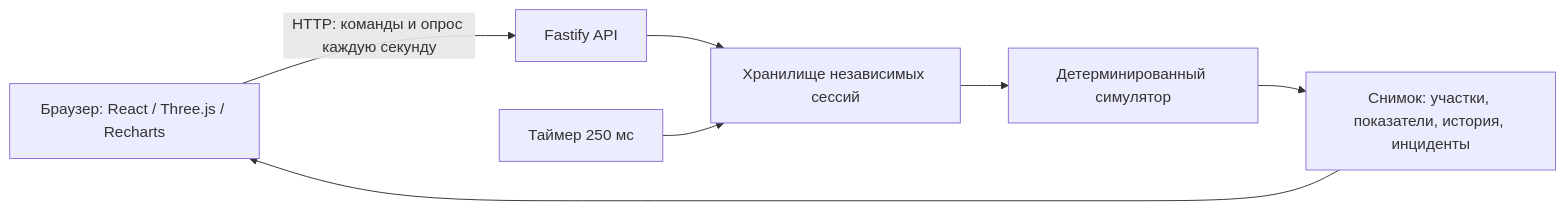
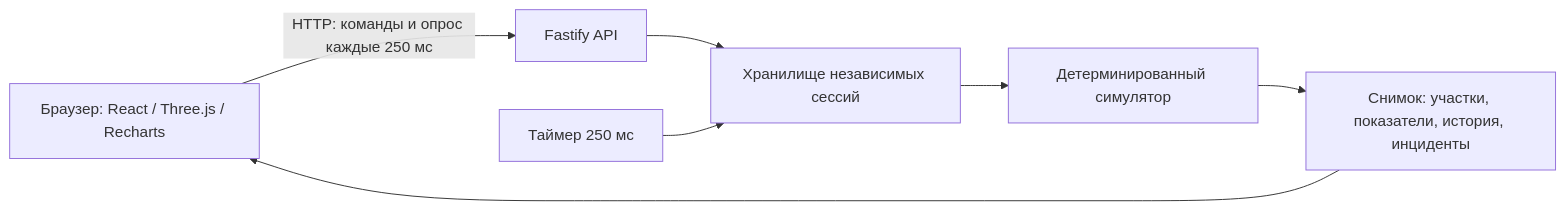
The diagram in docs/ARCHITECTURE.md (zardol/DriveIndUI), drawn with Mermaid before and after one commit. The commit also changed other lines of this file and 29 other files, not shown here.

````diff
--- a/docs/ARCHITECTURE.md
+++ b/docs/ARCHITECTURE.md
@@ -3,9 +3,9 @@
 ```mermaid
 flowchart LR
-    U[Браузер: React / Three.js / Recharts] -->|HTTP: команды и опрос каждую секунду| A[Fastify API]
+    U[Браузер: React / Three.js / Recharts] -->|HTTP: команды и опрос каждые 250 мс| A[Fastify API]
     A --> S[Хранилище независимых сессий]
     T[Таймер 250 мс] --> S
     S --> E[Детерминированный симулятор]
     E --> D[Снимок: участки, показатели, история, инциденты]
     D --> U
 ```
````
